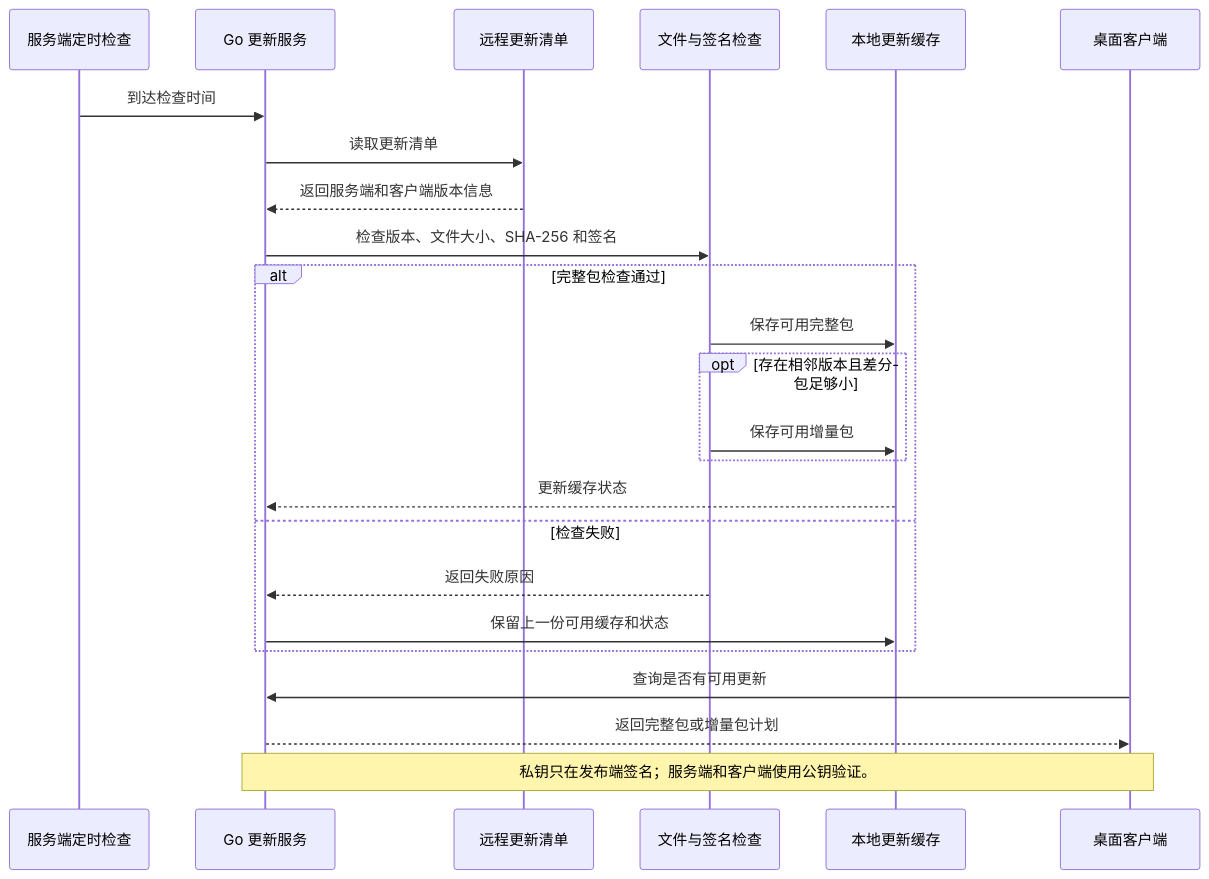
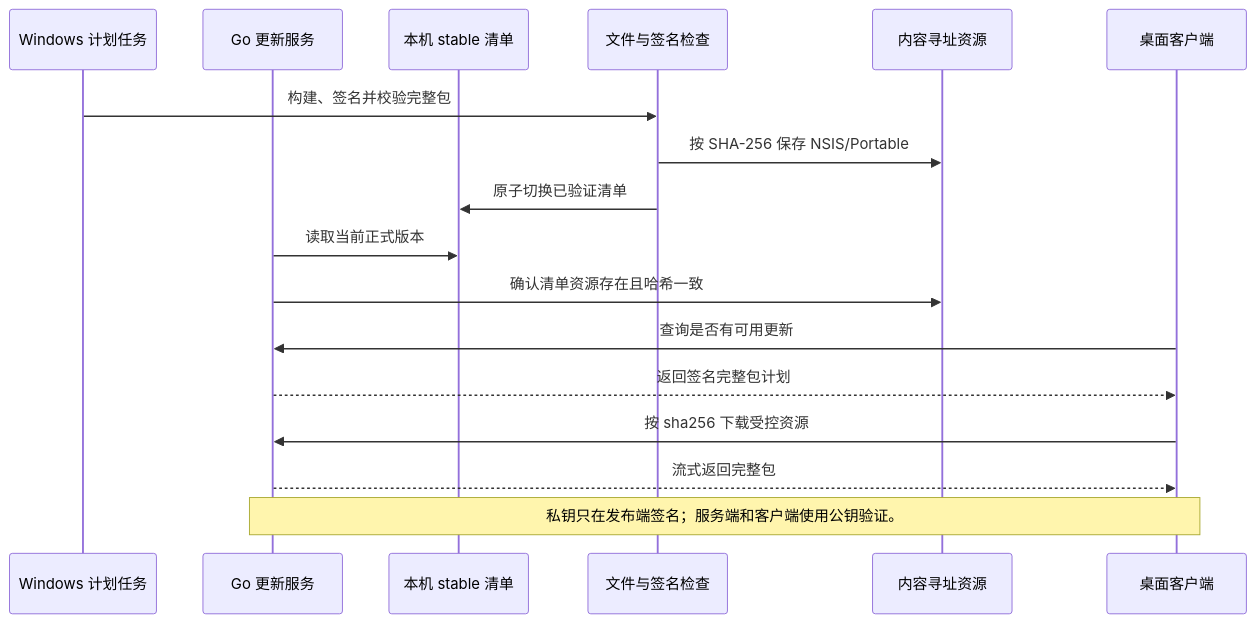
The seventh of 7 diagrams in docs/BACKEND_ARCHITECTURE.md (SilenceJR/bb_erp_echo), drawn with Mermaid before and after one commit. The commit also changed other lines of this file and 53 other files, not shown here.

```diff
--- a/docs/BACKEND_ARCHITECTURE.md
+++ b/docs/BACKEND_ARCHITECTURE.md
@@ -264,29 +264,21 @@
 ~~~mermaid
 sequenceDiagram
-    participant scheduler as 服务端定时检查
+    participant task as Windows 计划任务
     participant api as Go 更新服务
-    participant remote as 远程更新清单
+    participant stable as 本机 stable 清单
     participant verify as 文件与签名检查
-    participant cache as 本地更新缓存
+    participant artifacts as 内容寻址资源
     participant client as 桌面客户端
 
-    scheduler->>api: 到达检查时间
-    api->>remote: 读取更新清单
-    remote-->>api: 返回服务端和客户端版本信息
-    api->>verify: 检查版本、文件大小、SHA-256 和签名
-
-    alt 完整包检查通过
-        verify->>cache: 保存可用完整包
-        opt 存在相邻版本且差分包足够小
-            verify->>cache: 保存可用增量包
-        end
-        cache-->>api: 更新缓存状态
-    else 检查失败
-        verify-->>api: 返回失败原因
-        api->>cache: 保留上一份可用缓存和状态
-    end
+    task->>verify: 构建、签名并校验完整包
+    verify->>artifacts: 按 SHA-256 保存 NSIS/Portable
+    verify->>stable: 原子切换已验证清单
+    api->>stable: 读取当前正式版本
+    api->>artifacts: 确认清单资源存在且哈希一致
 
     client->>api: 查询是否有可用更新
-    api-->>client: 返回完整包或增量包计划
+    api-->>client: 返回签名完整包计划
+    client->>api: 按 sha256 下载受控资源
+    api-->>client: 流式返回完整包
     Note over api,client: 私钥只在发布端签名；服务端和客户端使用公钥验证。
 ~~~
```
